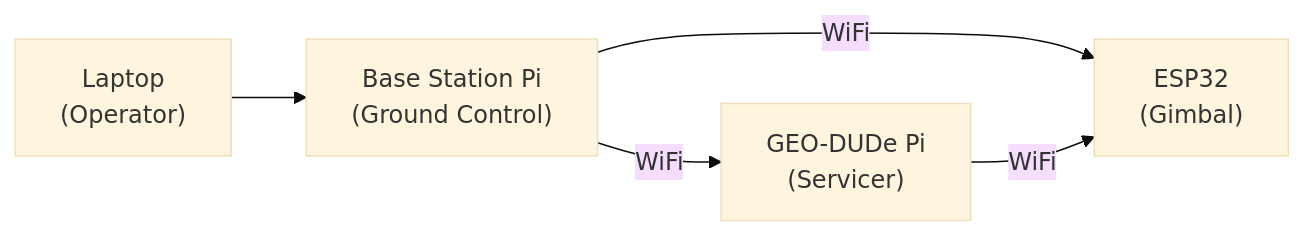
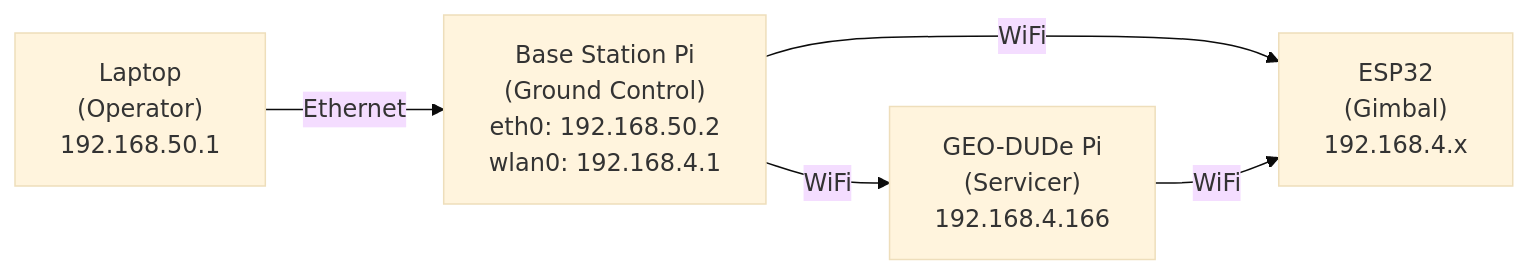
The diagram in docs/electrical/basestation/index.md (zeulewan/geodude-control), drawn with Mermaid (base theme) before and after one commit. The commit also changed other lines of this file and 1 other file, not shown here.

First line of the commit message:
Update basestation and GEO-DUDe docs with current system state

````diff
--- a/docs/electrical/basestation/index.md
+++ b/docs/electrical/basestation/index.md
@@ -31,7 +81,7 @@
 ```mermaid
 graph LR
-    LAPTOP["Laptop<br/>(Operator)"] --> BASEPI["Base Station Pi<br/>(Ground Control)"]
-    BASEPI -->|WiFi| GEOPI["GEO-DUDe Pi<br/>(Servicer)"]
-    BASEPI -->|WiFi| ESP["ESP32<br/>(Gimbal)"]
+    LAPTOP["Laptop<br/>(Operator)<br/>192.168.50.1"] -->|Ethernet| BASEPI["Base Station Pi<br/>(Ground Control)<br/>eth0: 192.168.50.2<br/>wlan0: 192.168.4.1"]
+    BASEPI -->|WiFi| GEOPI["GEO-DUDe Pi<br/>(Servicer)<br/>192.168.4.166"]
+    BASEPI -->|WiFi| ESP["ESP32<br/>(Gimbal)<br/>192.168.4.x"]
     GEOPI -->|WiFi| ESP
 ```
````
